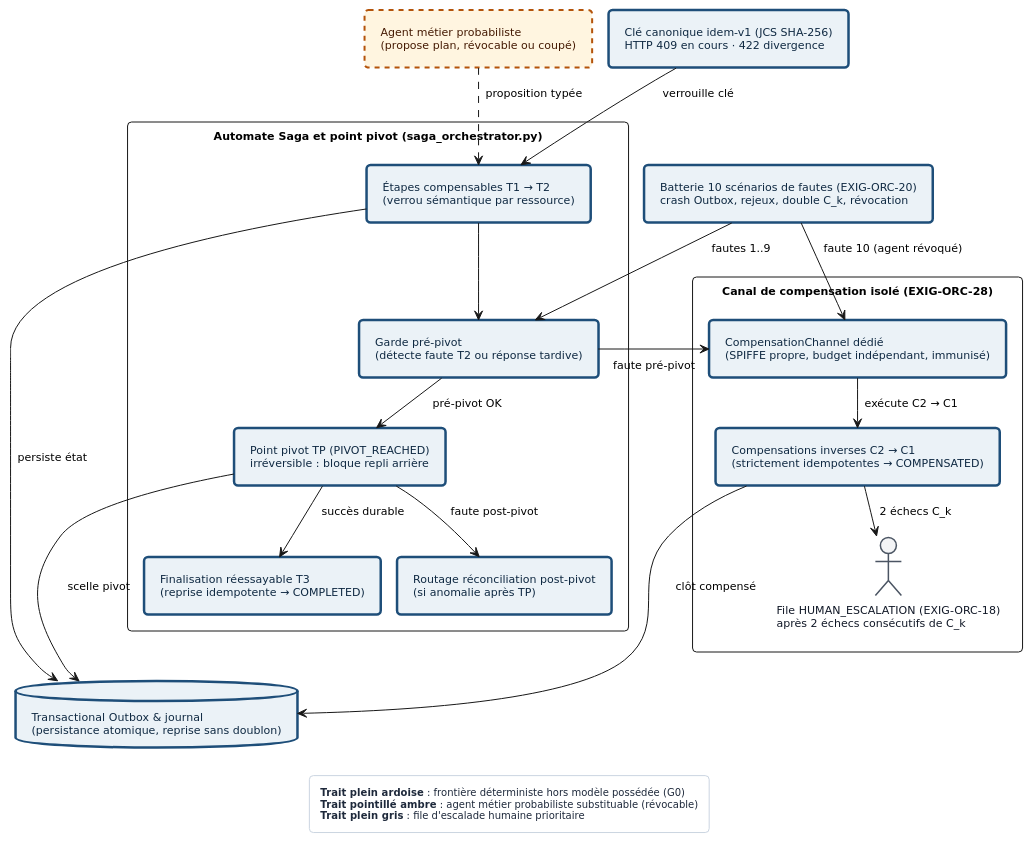
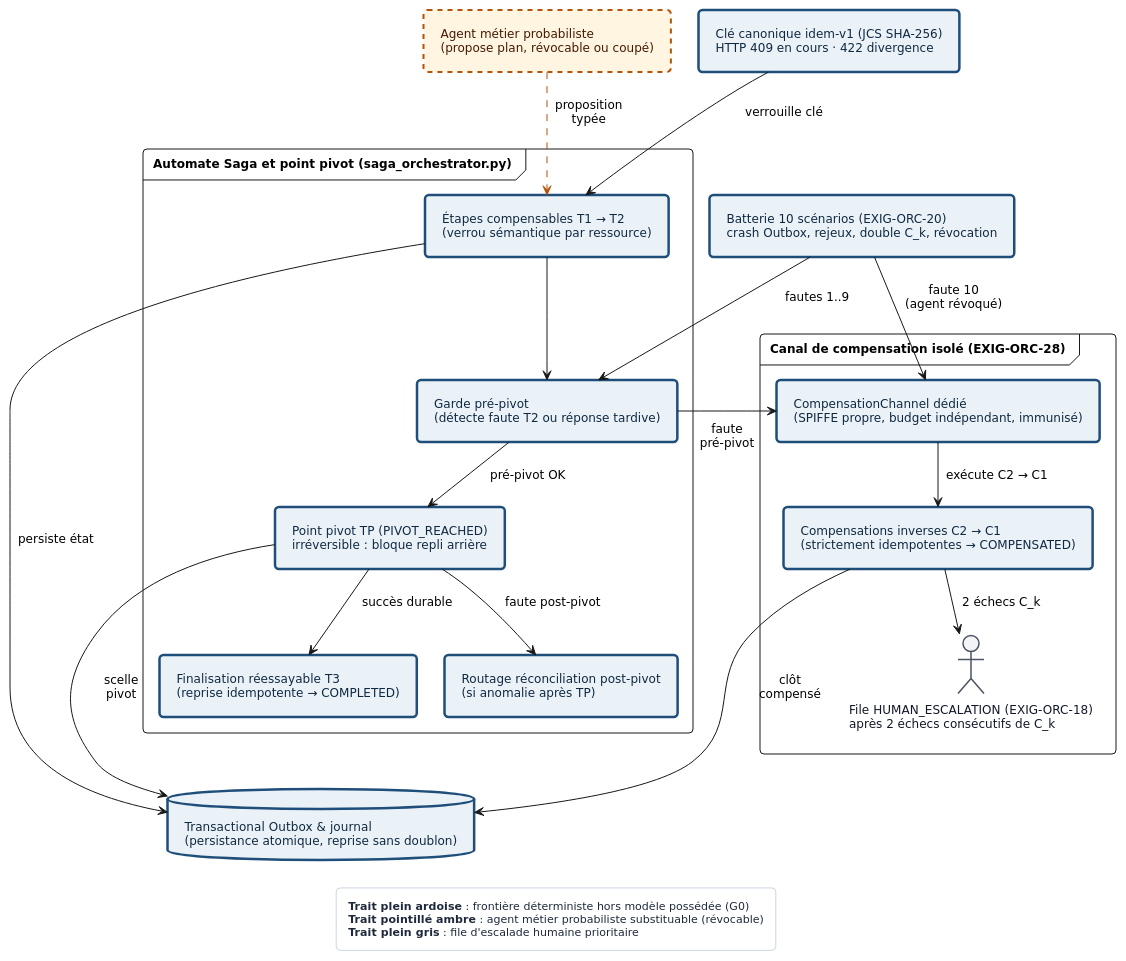
The diagram in 8 - Manuel/diagrammes/Fig-06.puml (agbruneau/Agentique), drawn with PlantUML before and after one commit. The commit also changed 42 other files, not shown here.

```diff
--- a/8 - Manuel/diagrammes/Fig-06.puml
+++ b/8 - Manuel/diagrammes/Fig-06.puml
@@ -1,94 +1,94 @@
 @startuml
 <style>
 document {
   BackgroundColor #FFFFFF
 }
 .det {
   BackgroundColor #EBF2F7
   LineColor #1E4E79
   LineThickness 2.5
   FontColor #0F2942
 }
 .prob {
   BackgroundColor #FFF5E0
   LineColor #B45309
   LineThickness 2.0
   LineStyle 5
   FontColor #451A03
 }
 .ext {
   BackgroundColor #F3F4F6
   LineColor #4B5563
   LineThickness 1.5
   FontColor #111827
 }
 package {
   BackgroundColor #F8FAFC
   LineColor #64748B
   LineThickness 1.2
   FontColor #334155
 }
 legend {
   BackgroundColor #FFFFFF
   LineColor #CBD5E1
   FontColor #1E293B
-  FontSize 10
+  FontSize 11
 }
 </style>
 hide stereotype
 top to bottom direction
 skinparam defaultFontName "DejaVu Sans"
-skinparam defaultFontSize 11
+skinparam defaultFontSize 12
 skinparam shadowing false
 skinparam roundcorner 8
-skinparam packageStyle rectangle
-skinparam nodesep 16
-skinparam ranksep 24
-skinparam padding 6
+skinparam packageStyle frame
+skinparam nodesep 28
+skinparam ranksep 36
+skinparam padding 7
 
 rectangle "Agent métier probabiliste\n(propose plan, révocable ou coupé)" as PLAN <<prob>>
 rectangle "Clé canonique idem-v1 (JCS SHA-256)\nHTTP 409 en cours · 422 divergence" as IDEM <<det>>
-rectangle "Batterie 10 scénarios de fautes (EXIG-ORC-20)\ncrash Outbox, rejeux, double C_k, révocation" as FAULTS <<det>>
+rectangle "Batterie 10 scénarios (EXIG-ORC-20)\ncrash Outbox, rejeux, double C_k, révocation" as FAULTS <<det>>
 
 package "Automate Saga et point pivot (saga_orchestrator.py)" {
   rectangle "Étapes compensables T1 → T2\n(verrou sémantique par ressource)" as T12 <<det>>
   rectangle "Garde pré-pivot\n(détecte faute T2 ou réponse tardive)" as GARDE <<det>>
   rectangle "Point pivot TP (PIVOT_REACHED)\nirréversible : bloque repli arrière" as PIVOT <<det>>
   rectangle "Finalisation réessayable T3\n(reprise idempotente → COMPLETED)" as T3 <<det>>
   rectangle "Routage réconciliation post-pivot\n(si anomalie après TP)" as RECON <<det>>
 }
 
 package "Canal de compensation isolé (EXIG-ORC-28)" {
   rectangle "CompensationChannel dédié\n(SPIFFE propre, budget indépendant, immunisé)" as COMP_CH <<det>>
   rectangle "Compensations inverses C2 → C1\n(strictement idempotentes → COMPENSATED)" as C_INV <<det>>
   actor "File HUMAN_ESCALATION (EXIG-ORC-18)\naprès 2 échecs consécutifs de C_k" as ESC_H <<ext>>
 }
 
 database "Transactional Outbox & journal\n(persistance atomique, reprise sans doublon)" as OUTBOX <<det>>
 
-PLAN ..> T12 : proposition typée
+PLAN .[#B45309].> T12 : proposition\ntypée
 IDEM --> T12 : verrouille clé
 T12 --> GARDE
 GARDE --> PIVOT : pré-pivot OK
 PIVOT --> T3 : succès durable
 PIVOT --> RECON : faute post-pivot
-GARDE -right-> COMP_CH : faute pré-pivot
+GARDE -right-> COMP_CH : faute\npré-pivot
 FAULTS --> GARDE : fautes 1..9
-FAULTS --> COMP_CH : faute 10 (agent révoqué)
+FAULTS --> COMP_CH : faute 10\n(agent révoqué)
 COMP_CH --> C_INV : exécute C2 → C1
 C_INV --> ESC_H : 2 échecs C_k
 T12 --> OUTBOX : persiste état
-PIVOT --> OUTBOX : scelle pivot
-C_INV --> OUTBOX : clôt compensé
+PIVOT --> OUTBOX : scelle\npivot
+C_INV --> OUTBOX : clôt\ncompensé
 
 PLAN -[hidden]right-> IDEM
 IDEM -[hidden]right-> FAULTS
 T3 -[hidden]right-> RECON
-T3 -[hidden]down-> OUTBOX
+RECON -[hidden]down-> OUTBOX
 
 legend bottom
   **Trait plein ardoise** : frontière déterministe hors modèle possédée (G0)
   **Trait pointillé ambre** : agent métier probabiliste substituable (révocable)
   **Trait plein gris** : file d'escalade humaine prioritaire
 end legend
 @enduml
```
